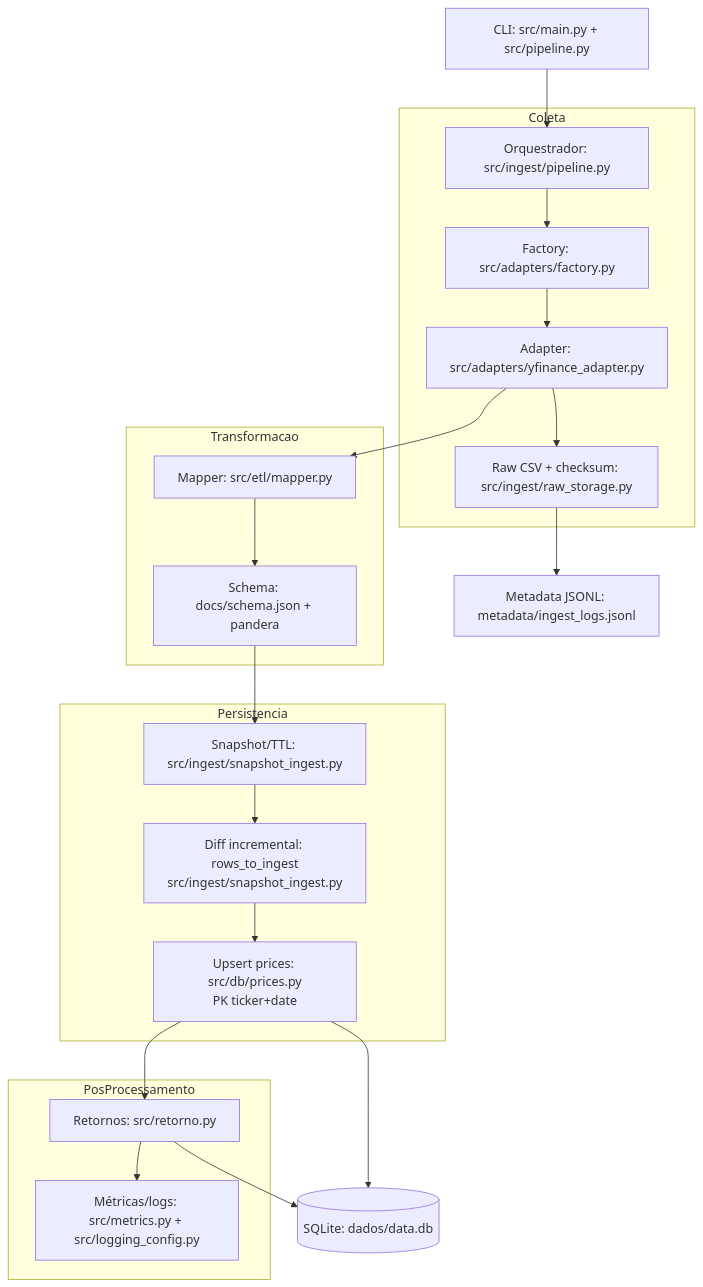
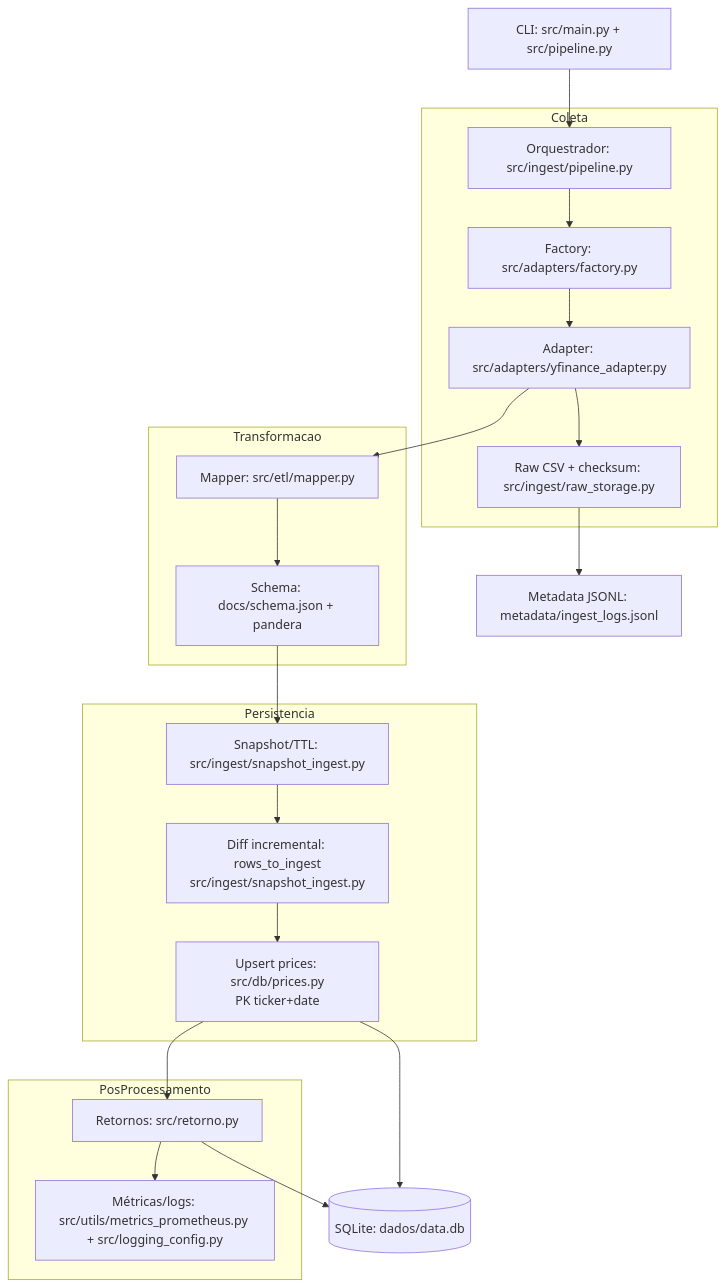
Before and after one commit to phbrgnomo/Analise-financeira-B3: the first of 2 diagrams in docs/diagrama-dataflow.md, drawn with Mermaid. The commit also changed other lines of this file and 21 other files, not shown here.

````diff
--- a/docs/diagrama-dataflow.md
+++ b/docs/diagrama-dataflow.md
@@ -14,30 +14,30 @@
 ```mermaid
 flowchart TB
   CLI[CLI: src/main.py + src/pipeline.py] --> ORQ[Orquestrador: src/ingest/pipeline.py]
 
   subgraph Coleta
     ORQ --> FAC[Factory: src/adapters/factory.py]
     FAC --> ADP[Adapter: src/adapters/yfinance_adapter.py]
     ADP --> RAW[Raw CSV + checksum: src/ingest/raw_storage.py]
   end
 
   subgraph Transformacao
     ADP --> MAP[Mapper: src/etl/mapper.py]
     MAP --> VAL[Schema: docs/schema.json + pandera]
   end
 
   subgraph Persistencia
     VAL --> SNAP[Snapshot/TTL: src/ingest/snapshot_ingest.py]
     SNAP --> DIFF[Diff incremental: rows_to_ingest\nsrc/ingest/snapshot_ingest.py]
     DIFF --> UPSERT[Upsert prices: src/db/prices.py\nPK ticker+date]
   end
 
   subgraph PosProcessamento
     UPSERT --> RET[Retornos: src/retorno.py]
-    RET --> MET[Métricas/logs: src/metrics.py + src/logging_config.py]
+    RET --> MET[Métricas/logs: src/utils/metrics_prometheus.py + src/logging_config.py]
   end
 
   RAW --> AUD[Metadata JSONL: metadata/ingest_logs.jsonl]
   UPSERT --> DB[(SQLite: dados/data.db)]
   RET --> DB
 ```
````
